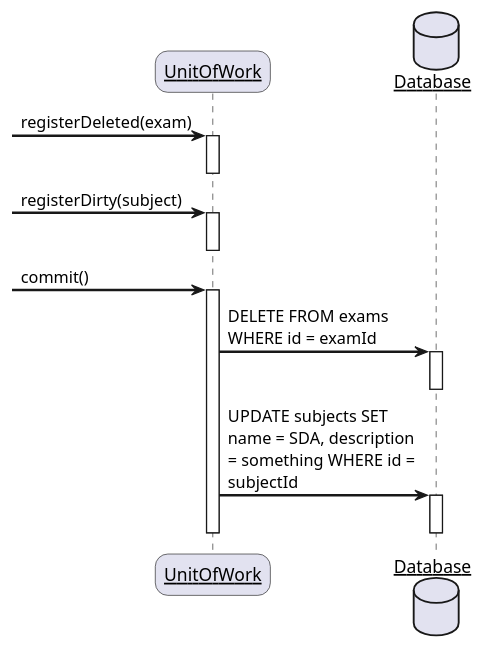
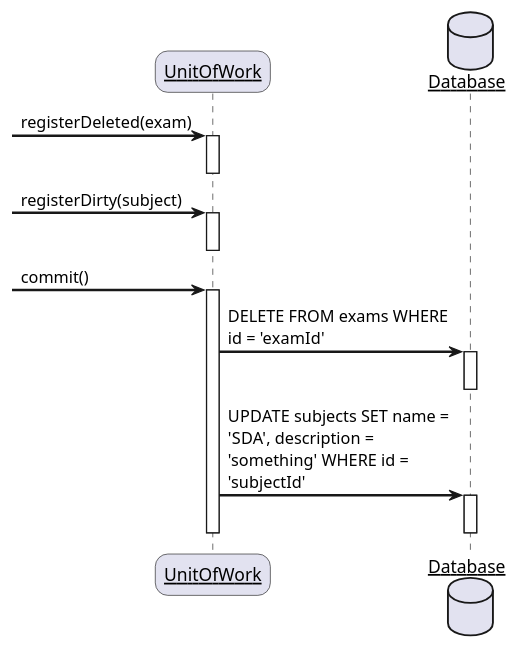
One commit to omjadas/ekzameno changed the diagram in docs/diagrams/unitOfWork.puml. Above: the diagram before and after it, drawn with PlantUML. The commit also changed 1 other file, not shown here.

Commit message:
uml: Lazyload

```diff
--- a/docs/diagrams/unitOfWork.puml
+++ b/docs/diagrams/unitOfWork.puml
@@ -1,34 +1,34 @@
 @startuml
 skinparam sequenceArrowThickness 2
 skinparam roundcorner 20
-skinparam maxmessagesize 150
+skinparam maxmessagesize 180
 skinparam sequenceParticipant underline
 
 participant "UnitOfWork" as A
 database Database as B
 
 -> A: registerDeleted(exam)
 activate A
 
 deactivate A
 
 -> A: registerDirty(subject)
 activate A
 
 deactivate A
 
  -> A: commit()
 activate A
 
-A -> B: DELETE FROM exams WHERE id = examId
+A -> B: DELETE FROM exams WHERE id = 'examId'
 activate B
 
 deactivate B 
 
-A -> B:  UPDATE subjects SET name = SDA, description = something WHERE id = subjectId
+A -> B:  UPDATE subjects SET name = 'SDA', description = 'something' WHERE id = 'subjectId'
 activate B
 
 deactivate B
 
 deactivate A
 @enduml
```
